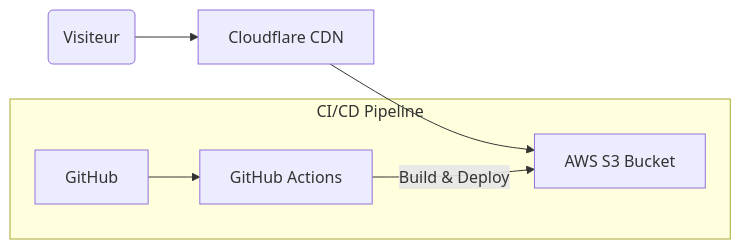
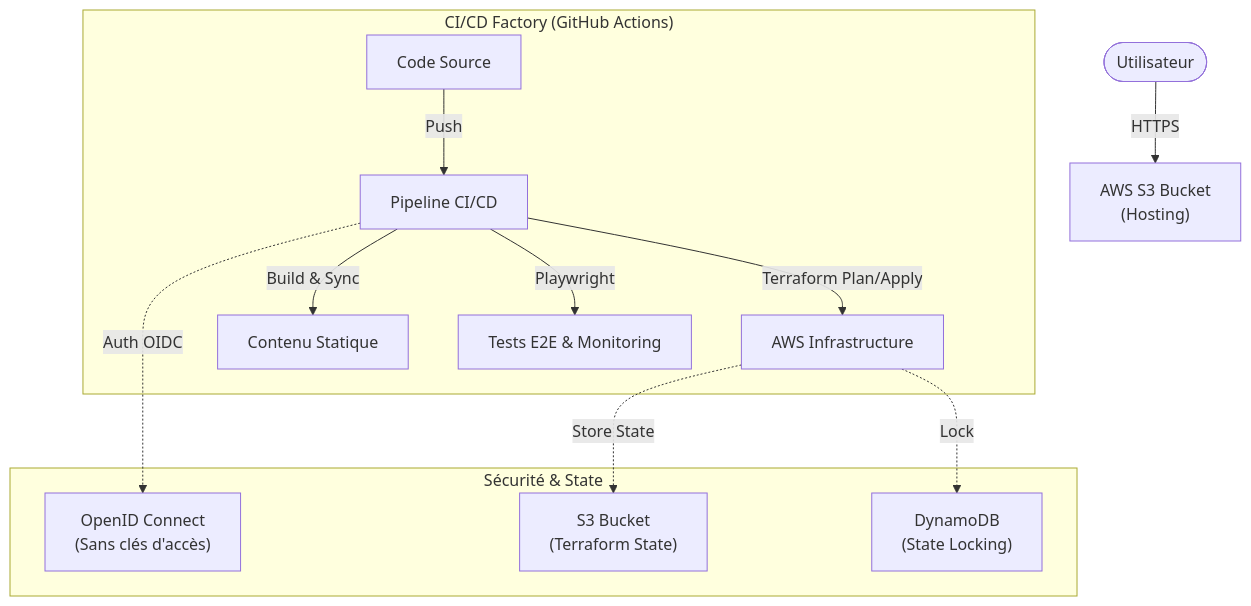
Before and after one commit to Nasticks/portfolio-devops: the diagram in app/src/content/blog/architecture-portfolio.md, drawn with Mermaid. The commit also changed other lines of this file, not shown here.

Commit message:
update: content technical architecture portofoli

````diff
--- a/app/src/content/blog/architecture-portfolio.md
+++ b/app/src/content/blog/architecture-portfolio.md
@@ -31,10 +14,21 @@
-<pre class="mermaid">
-graph LR
-    User(Visiteur) --> CF[Cloudflare CDN]
-    CF --> S3[AWS S3 Bucket]
+```mermaid
+graph TD
+    User([Utilisateur]) -->|HTTPS| S3["AWS S3 Bucket<br>(Hosting)"]
     
-    subgraph Pipeline [CI/CD Pipeline]
-        Git[GitHub] --> Action[GitHub Actions]
-        Action -->|Build & Deploy| S3
+    subgraph "CI/CD Factory (GitHub Actions)"
+        Code[Code Source] -->|Push| CI[Pipeline CI/CD]
+        CI -->|Terraform Plan/Apply| AWS[AWS Infrastructure]
+        CI -->|Build & Sync| Content[Contenu Statique]
+        CI -->|Playwright| Test["Tests E2E & Monitoring"]
     end
-</pre>
+    
+    subgraph "Sécurité & State"
+        OIDC["OpenID Connect<br>(Sans clés d'accès)"]
+        State["S3 Bucket<br>(Terraform State)"]
+        Lock["DynamoDB<br>(State Locking)"]
+    end
+
+    CI -.->|Auth OIDC| OIDC
+    AWS -.->|Store State| State
+    AWS -.->|Lock| Lock
+```
````
